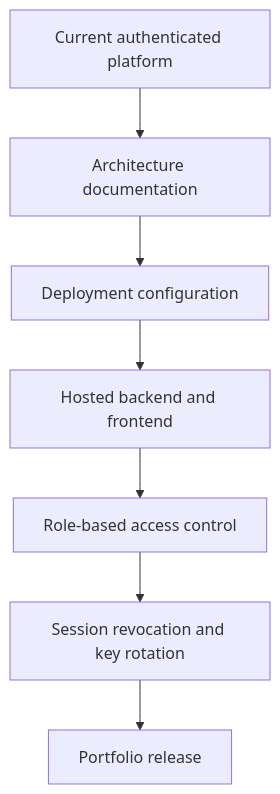
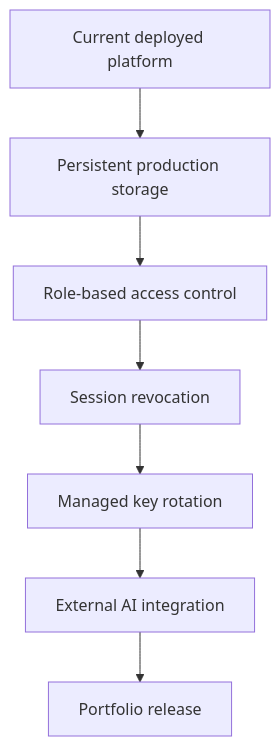
Before and after one commit to sreemanbondada-sudo/PromptShield: the ninth of 9 diagrams in ARCHITECTURE.md, drawn with Mermaid. The commit also changed other lines of this file and 1 other file, not shown here.

Commit message:
docs: document live deployment

````diff
--- a/ARCHITECTURE.md
+++ b/ARCHITECTURE.md
@@ -494,9 +551,9 @@
 ```mermaid
 flowchart TD
-    A[Current authenticated platform] --> B[Architecture documentation]
-    B --> C[Deployment configuration]
-    C --> D[Hosted backend and frontend]
-    D --> E[Role-based access control]
-    E --> F[Session revocation and key rotation]
+    A[Current deployed platform] --> B[Persistent production storage]
+    B --> C[Role-based access control]
+    C --> D[Session revocation]
+    D --> E[Managed key rotation]
+    E --> F[External AI integration]
     F --> G[Portfolio release]
 ```
````
